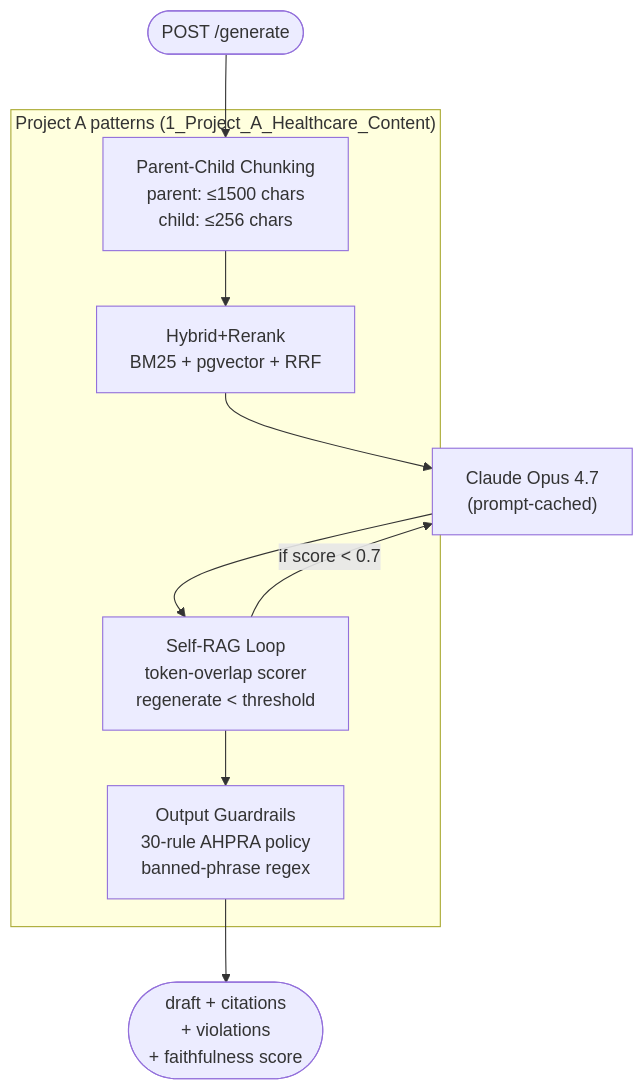
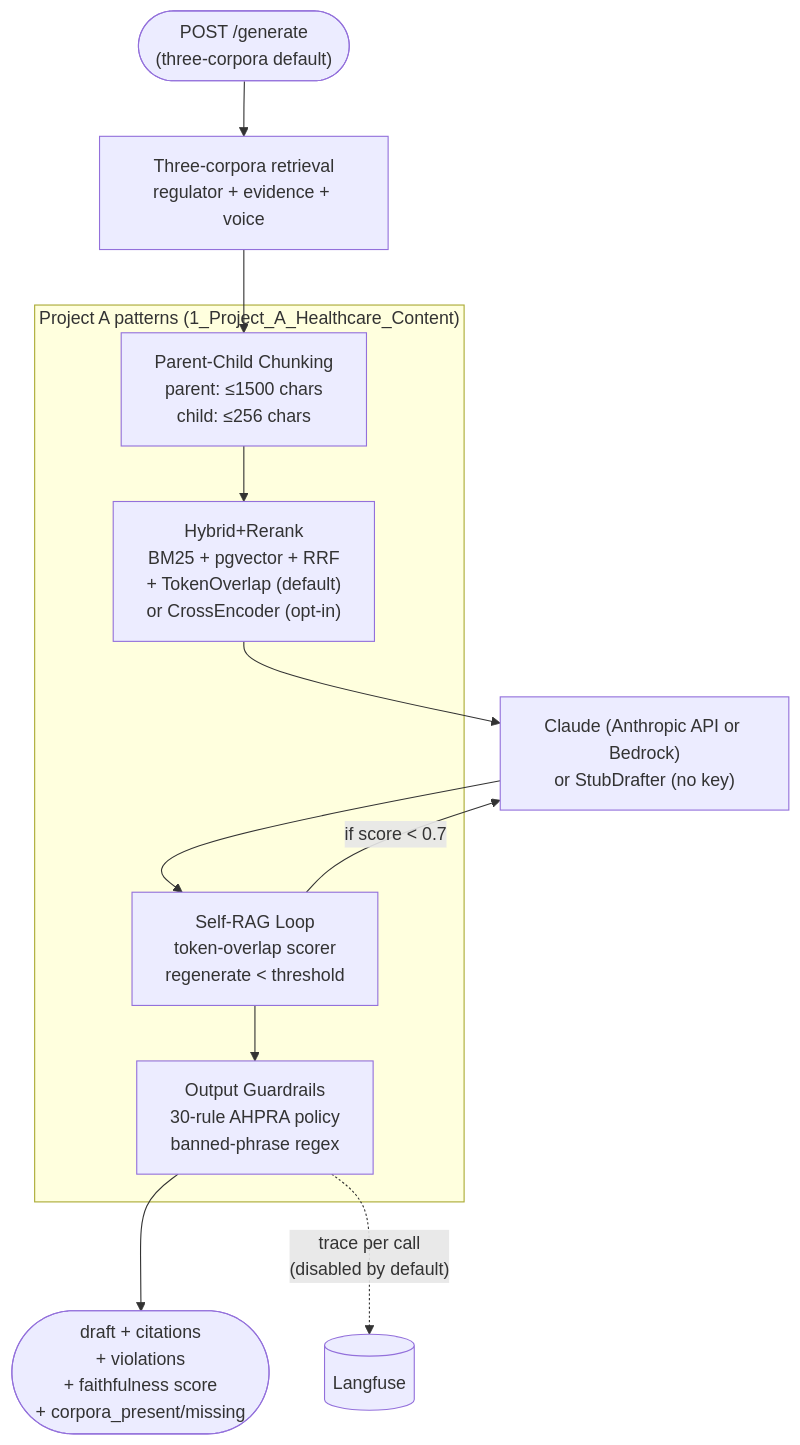
One commit to javakishore-veleti/Regulated-Healthcare-Practice-Content-RAG changed the second of 4 diagrams in README.md. Above: the diagram before and after it, drawn with Mermaid. The commit also changed other lines of this file, not shown here.

````diff
--- a/README.md
+++ b/README.md
@@ -103,17 +103,19 @@
 ```mermaid
 flowchart TB
     subgraph Patterns["Project A patterns (1_Project_A_Healthcare_Content)"]
-        P1["Hybrid+Rerank<br/>BM25 + pgvector + RRF"]
+        P1["Hybrid+Rerank<br/>BM25 + pgvector + RRF<br/>+ TokenOverlap (default)<br/>or CrossEncoder (opt-in)"]
         P2["Parent-Child Chunking<br/>parent: ≤1500 chars<br/>child: ≤256 chars"]
         P3["Self-RAG Loop<br/>token-overlap scorer<br/>regenerate < threshold"]
         P4["Output Guardrails<br/>30-rule AHPRA policy<br/>banned-phrase regex"]
     end
 
-    Generate(["POST /generate"]) --> P2
+    Generate(["POST /generate<br/>(three-corpora default)"]) --> ThreeC
+    ThreeC["Three-corpora retrieval<br/>regulator + evidence + voice"] --> P2
     P2 --> P1
-    P1 --> Anthropic["Claude Opus 4.7<br/>(prompt-cached)"]
-    Anthropic --> P3
-    P3 -->|"if score < 0.7"| Anthropic
+    P1 --> Drafter["Claude (Anthropic API or Bedrock)<br/>or StubDrafter (no key)"]
+    Drafter --> P3
+    P3 -->|"if score < 0.7"| Drafter
     P3 --> P4
-    P4 --> Out(["draft + citations<br/>+ violations<br/>+ faithfulness score"])
+    P4 --> Out(["draft + citations<br/>+ violations<br/>+ faithfulness score<br/>+ corpora_present/missing"])
+    P4 -.->|"trace per call<br/>(disabled by default)"| Langfuse[("Langfuse")]
 ```
````
